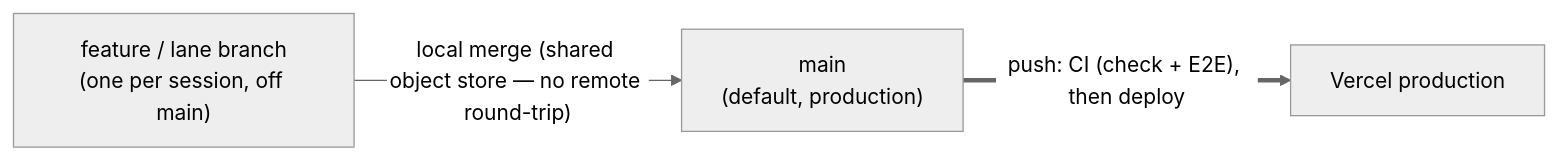
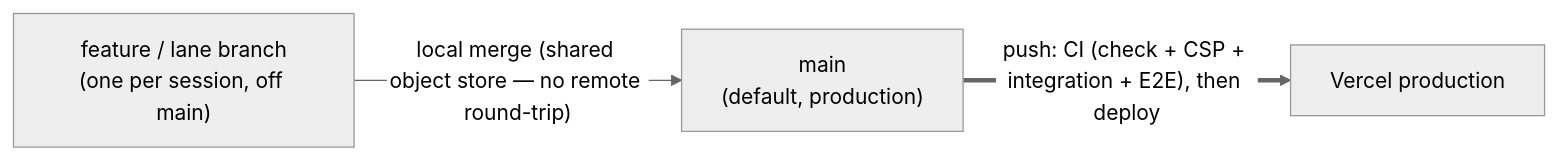
Before and after one commit to andrewpetersondev/nextjs-dashboard: the diagram in docs/diagrams/branch-and-ci-flow.md, drawn with Mermaid (neutral theme). The commit also changed other lines of this file and 4 other files, not shown here.

````diff
--- a/docs/diagrams/branch-and-ci-flow.md
+++ b/docs/diagrams/branch-and-ci-flow.md
@@ -9,9 +9,9 @@
 ```mermaid
 flowchart LR
     F["feature / lane branch<br/>(one per session, off main)"]
     MAIN["main<br/>(default, production)"]
     PROD["Vercel production"]
 
     F -->|"local merge (shared object store — no remote round-trip)"| MAIN
-    MAIN ==>|"push: CI (check + E2E), then deploy"| PROD
+    MAIN ==>|"push: CI (check + CSP + integration + E2E), then deploy"| PROD
 ```
````
